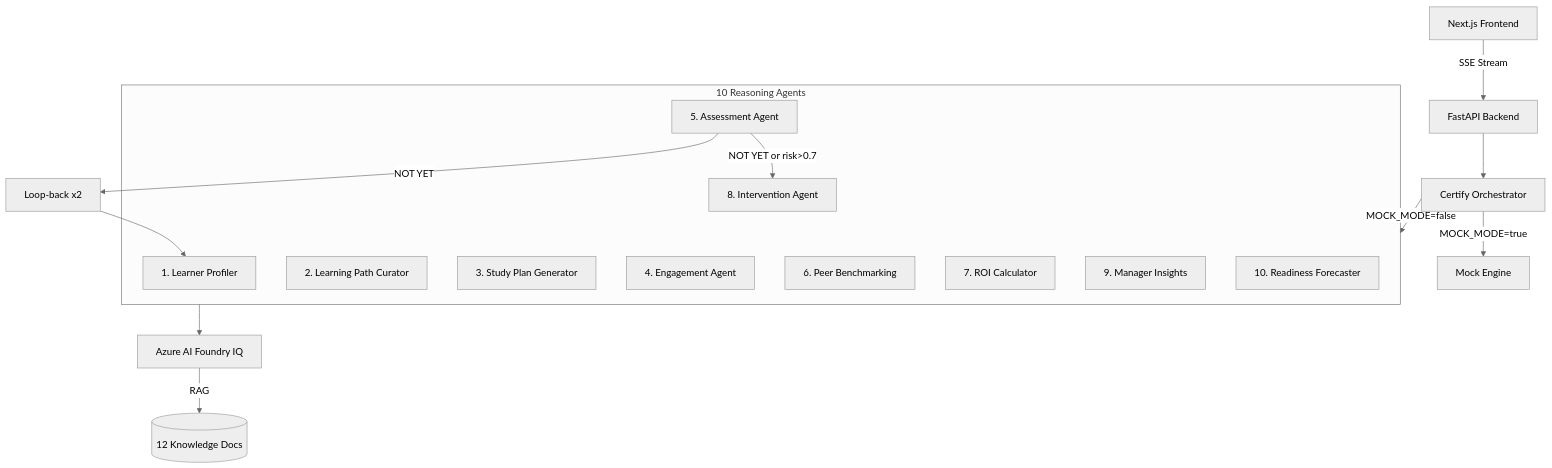
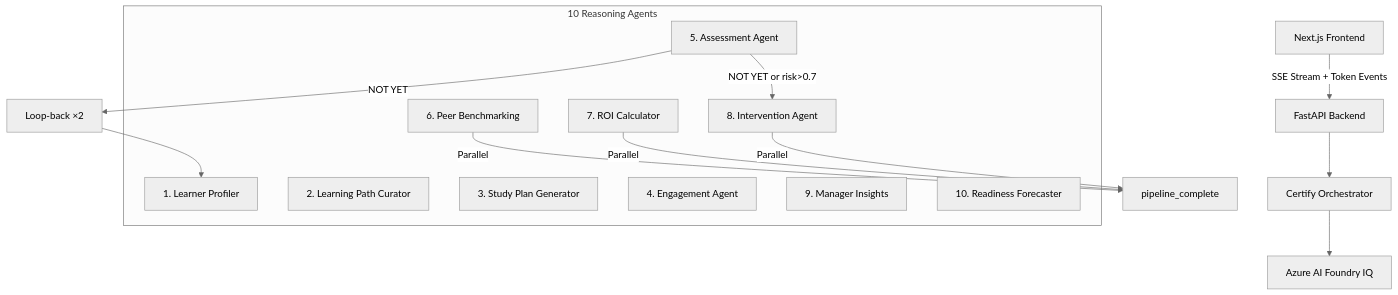
The diagram in certify-iq/README.md (saksham869/ELCMS), drawn with Mermaid (neutral theme) before and after one commit. The commit also changed other lines of this file and 15 other files, not shown here.

````diff
--- a/certify-iq/README.md
+++ b/certify-iq/README.md
@@ -25,32 +76,29 @@
 ```mermaid
 graph TB
     UI[Next.js Frontend]
     API[FastAPI Backend]
     ORCH[Certify Orchestrator]
     FOUNDRY[Azure AI Foundry IQ]
-    MOCK[Mock Engine]
-    
-    UI -->|SSE Stream| API
+
+    UI -->|SSE Stream + Token Events| API
     API --> ORCH
-    ORCH -->|MOCK_MODE=true| MOCK
-    ORCH -->|MOCK_MODE=false| AGENTS
-    AGENTS --> FOUNDRY
-    FOUNDRY -->|RAG| KB[(12 Knowledge Docs)]
-    
+    ORCH --> FOUNDRY
+
     subgraph AGENTS [10 Reasoning Agents]
         A1[1. Learner Profiler]
         A2[2. Learning Path Curator]
         A3[3. Study Plan Generator]
         A4[4. Engagement Agent]
         A5[5. Assessment Agent]
         A6[6. Peer Benchmarking]
         A7[7. ROI Calculator]
         A8[8. Intervention Agent]
         A9[9. Manager Insights]
         A10[10. Readiness Forecaster]
     end
-    
-    A5 -->|NOT YET| LOOP[Loop-back x2]
+
+    A5 -->|NOT YET| LOOP[Loop-back ×2]
     LOOP --> A1
     A5 -->|NOT YET or risk>0.7| A8
+    A6 & A7 & A8 -->|Parallel| RESULT[pipeline_complete]
 ```
````
